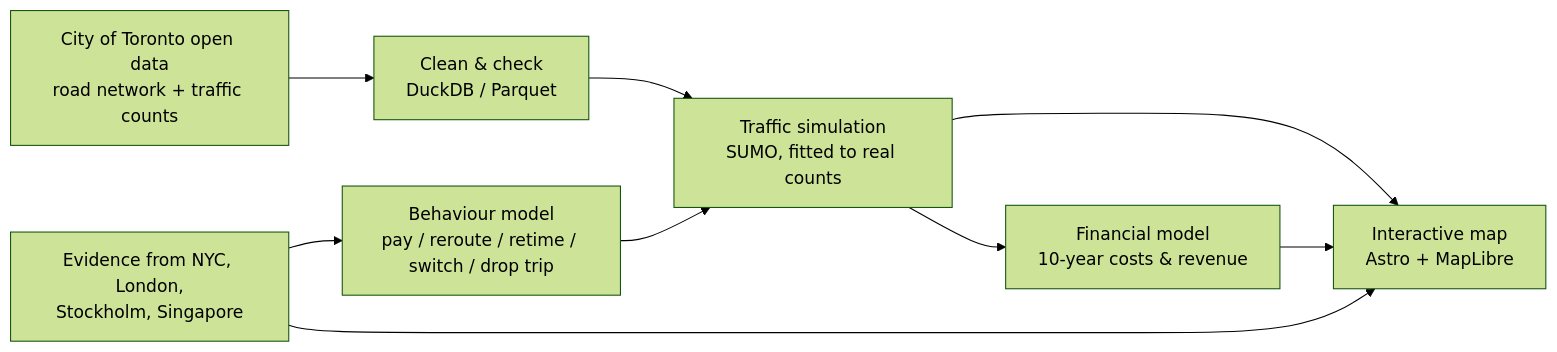
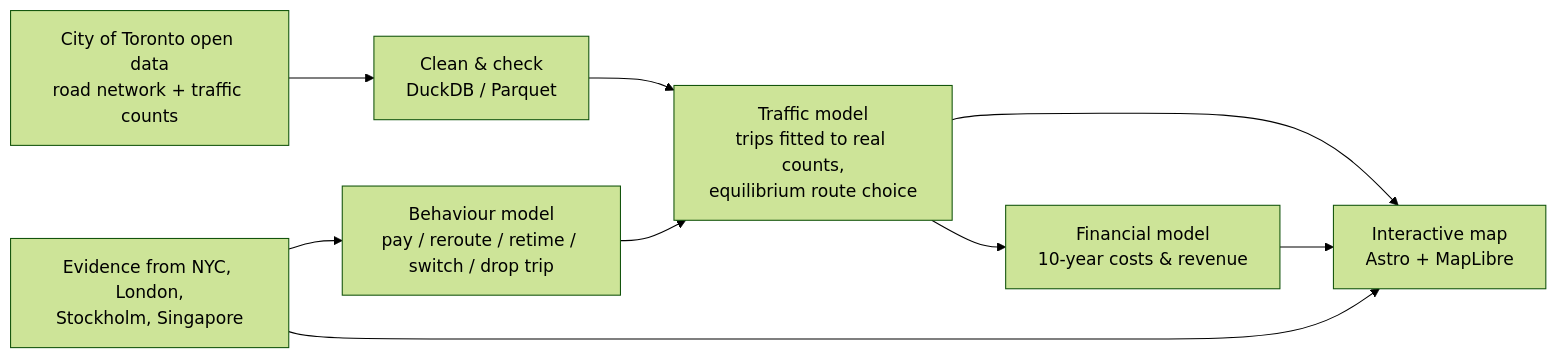
Before and after one commit to Andrew-Girgis/toronto-congestion-project: the diagram in README.md, drawn with Mermaid (forest theme). The commit also changed other lines of this file and 10 other files, not shown here.

````diff
--- a/README.md
+++ b/README.md
@@ -33,11 +33,11 @@
 ```mermaid
 flowchart LR
     A[City of Toronto open data<br/>road network + traffic counts] --> B[Clean & check<br/>DuckDB / Parquet]
-    B --> C[Traffic simulation<br/>SUMO, fitted to real counts]
+    B --> C[Traffic model<br/>trips fitted to real counts,<br/>equilibrium route choice]
     D[Evidence from NYC, London,<br/>Stockholm, Singapore] --> E[Behaviour model<br/>pay / reroute / retime / switch / drop trip]
     E --> C
     C --> F[Financial model<br/>10-year costs & revenue]
     C --> G[Interactive map<br/>Astro + MapLibre]
     F --> G
     D --> G
 ```
````
